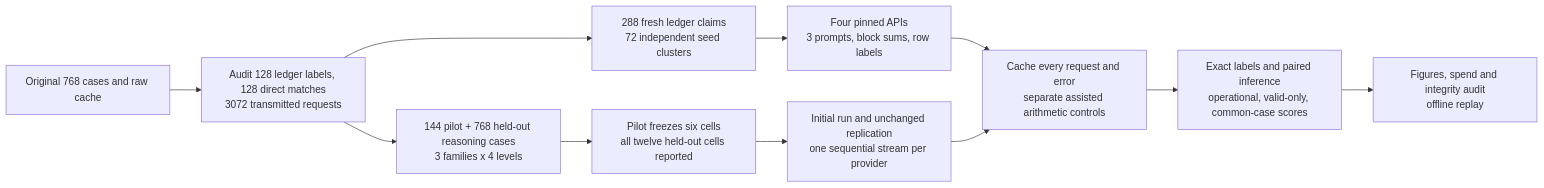
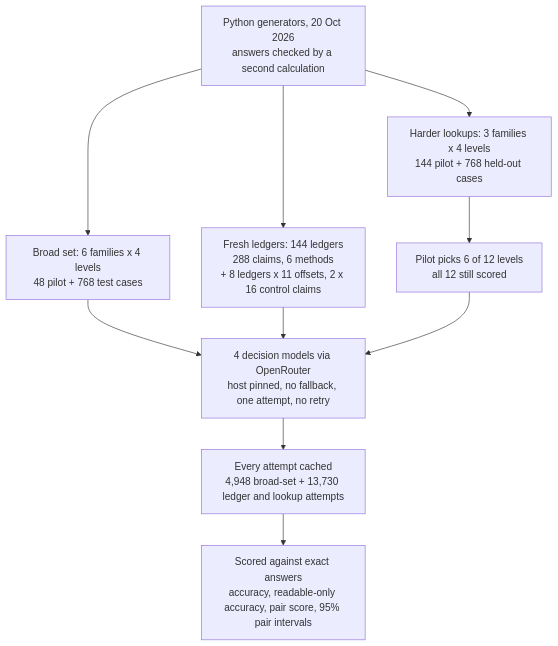
One commit to k-sandhu/experiment-notebooks changed the first of 2 diagrams in notebooks/18-decisions-api-comparison/README.md. Above: the diagram before and after it, drawn with Mermaid. The commit also changed other lines of this file and 2 other files, not shown here.

First line of the commit message:
Rewrite notebook 18 README and narrative as one answer

````diff
--- a/notebooks/18-decisions-api-comparison/README.md
+++ b/notebooks/18-decisions-api-comparison/README.md
@@ -104,13 +114,12 @@
 ```mermaid
-flowchart LR
- O["Original 768 cases and raw cache"] --> A["Audit 128 ledger labels, 128 direct matches<br/>3072 transmitted requests"]
- A --> L["288 fresh ledger claims<br/>72 independent seed clusters"]
- A --> B["144 pilot + 768 held-out reasoning cases<br/>3 families x 4 levels"]
- L --> M["Four pinned APIs<br/>3 prompts, block sums, row labels"]
- B --> P["Pilot freezes six cells<br/>all twelve held-out cells reported"]
- P --> R["Initial run and unchanged replication<br/>one sequential stream per provider"]
- M --> C["Cache every request and error<br/>separate assisted arithmetic controls"]
- R --> C
- C --> S["Exact labels and paired inference<br/>operational, valid-only, common-case scores"]
- S --> V["Figures, spend and integrity audit<br/>offline replay"]
+flowchart TD
+    G["Python generators, 20 Oct 2026<br/>answers checked by a second calculation"] --> A["Broad set: 6 families x 4 levels<br/>48 pilot + 768 test cases"]
+    G --> L["Fresh ledgers: 144 ledgers<br/>288 claims, 6 methods<br/>+ 8 ledgers x 11 offsets, 2 x 16 control claims"]
+    G --> H["Harder lookups: 3 families x 4 levels<br/>144 pilot + 768 held-out cases"]
+    H --> P["Pilot picks 6 of 12 levels<br/>all 12 still scored"]
+    A --> M["4 decision models via OpenRouter<br/>host pinned, no fallback, one attempt, no retry"]
+    L --> M
+    P --> M
+    M --> C["Every attempt cached<br/>4,948 broad-set + 13,730 ledger and lookup attempts"]
+    C --> S["Scored against exact answers<br/>accuracy, readable-only accuracy, pair score, 95% pair intervals"]
 ```
````
